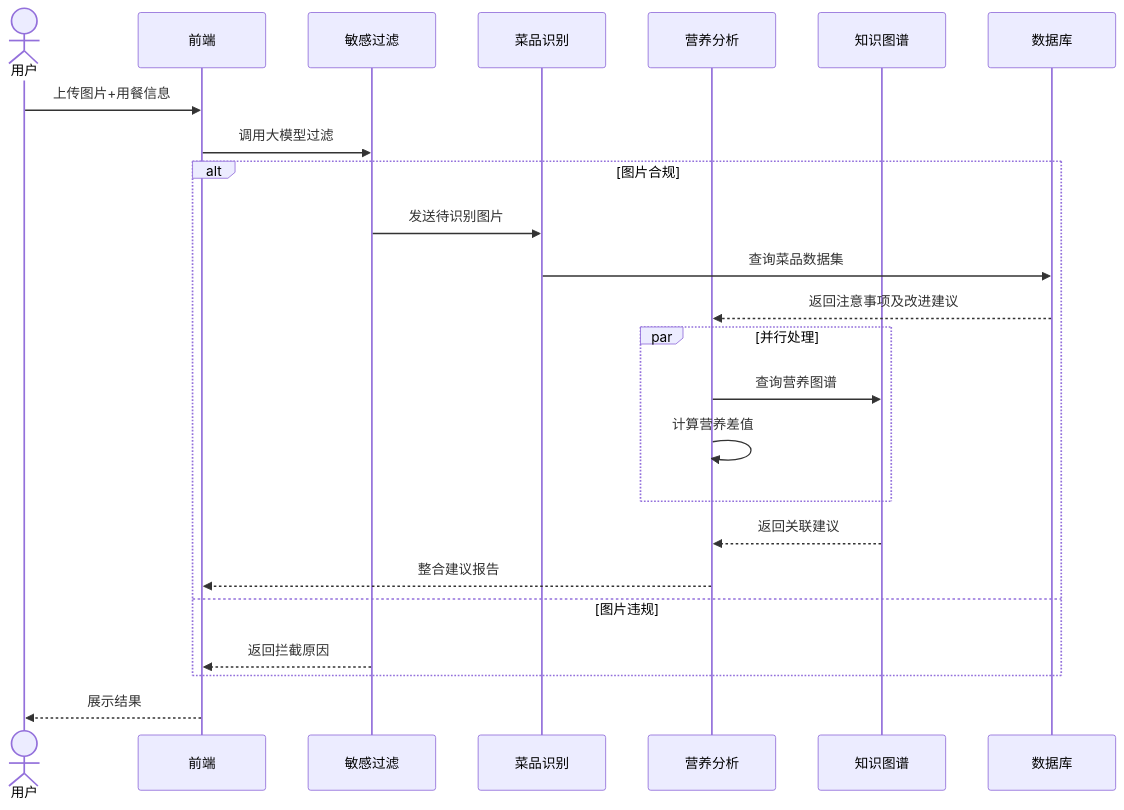
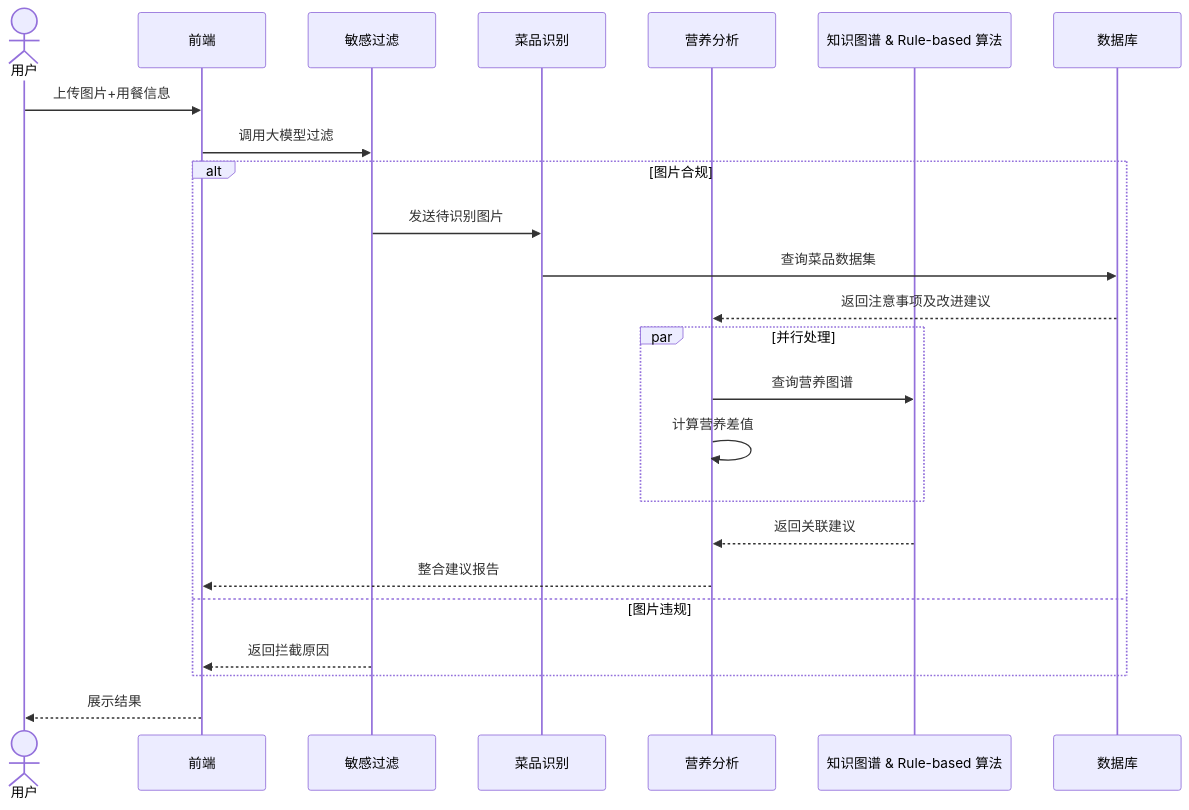
The diagram in all/菜品-数据流图.md (funnyData/iodraw-files), drawn with Mermaid before and after one commit.

Commit message:
2025-03-21 14:22:45 update

````diff
--- a/all/菜品-数据流图.md
+++ b/all/菜品-数据流图.md
@@ -1,29 +1,29 @@
 ```mermaid
 %% 数据流图（违规路径线条高亮）
 sequenceDiagram
     actor User as 用户
     participant FE as 前端
     participant SF as 敏感过滤
     participant DR as 菜品识别
     participant NA as 营养分析
-    participant KG as 知识图谱
+    participant KG as 知识图谱 & Rule-based 算法
     participant DB as 数据库
 
     User->>FE: 上传图片+用餐信息
     FE->>SF: 调用大模型过滤
     alt 图片合规
         SF->>DR: 发送待识别图片
         DR->>DB: 查询菜品数据集
         DB-->>NA: 返回注意事项及改进建议
         par 并行处理
             NA->>KG: 查询营养图谱
             NA->>NA: 计算营养差值
         end
         KG-->>NA: 返回关联建议
         NA-->>FE: 整合建议报告
     else 图片违规
         SF-->>FE: 返回拦截原因
         %% linkStyle 9 stroke:#ff0000,stroke-dasharray:5  %% 第9条线变红
     end
     FE-->>User: 展示结果
 ```
````
